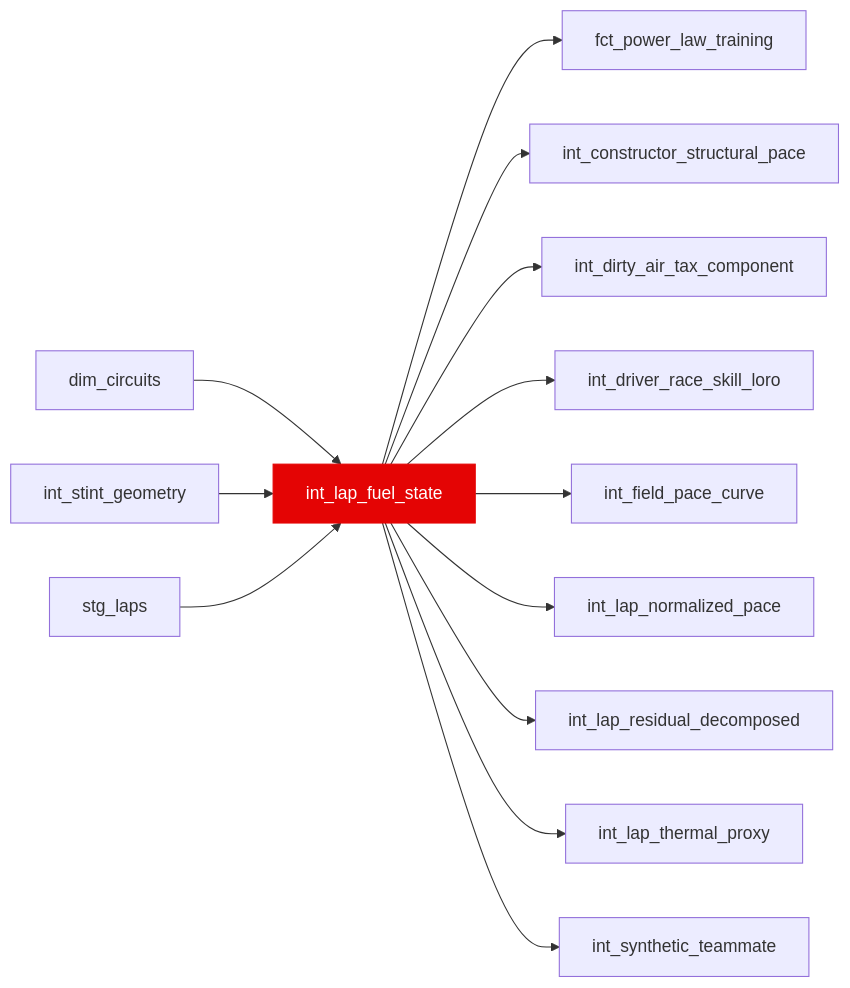
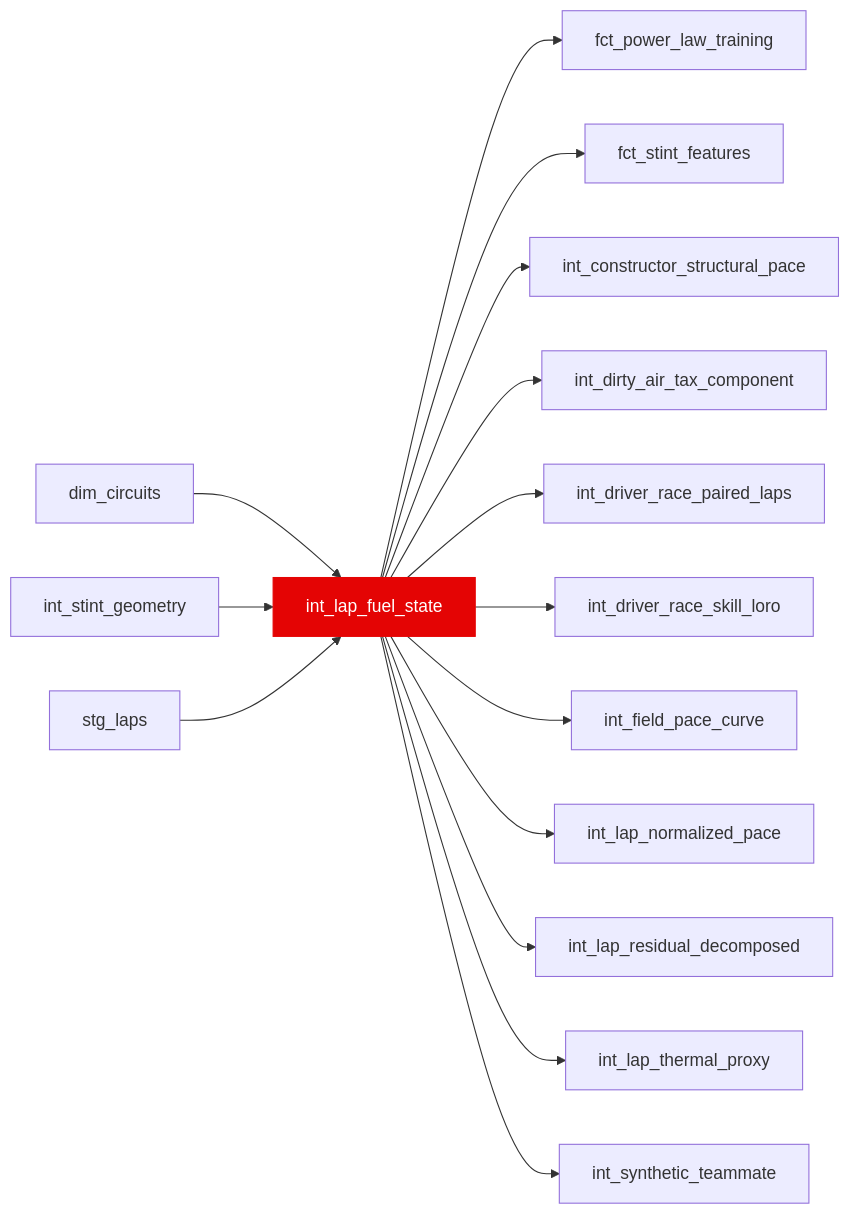
The diagram in docs/reference/models/int/int_lap_fuel_state.mdx (JustinClarke/off-the-pace), drawn with Mermaid before and after one commit. The commit also changed other lines of this file and 286 other files, not shown here.

````diff
--- a/docs/reference/models/int/int_lap_fuel_state.mdx
+++ b/docs/reference/models/int/int_lap_fuel_state.mdx
@@ -15,16 +15,18 @@
 ```mermaid
 flowchart LR
   dim_circuits --> int_lap_fuel_state
   int_stint_geometry --> int_lap_fuel_state
   stg_laps --> int_lap_fuel_state
   int_lap_fuel_state --> fct_power_law_training
+  int_lap_fuel_state --> fct_stint_features
   int_lap_fuel_state --> int_constructor_structural_pace
   int_lap_fuel_state --> int_dirty_air_tax_component
+  int_lap_fuel_state --> int_driver_race_paired_laps
   int_lap_fuel_state --> int_driver_race_skill_loro
   int_lap_fuel_state --> int_field_pace_curve
   int_lap_fuel_state --> int_lap_normalized_pace
   int_lap_fuel_state --> int_lap_residual_decomposed
   int_lap_fuel_state --> int_lap_thermal_proxy
   int_lap_fuel_state --> int_synthetic_teammate
   style int_lap_fuel_state fill:#e40404,stroke:#e40404,color:#fff
 ```
````
